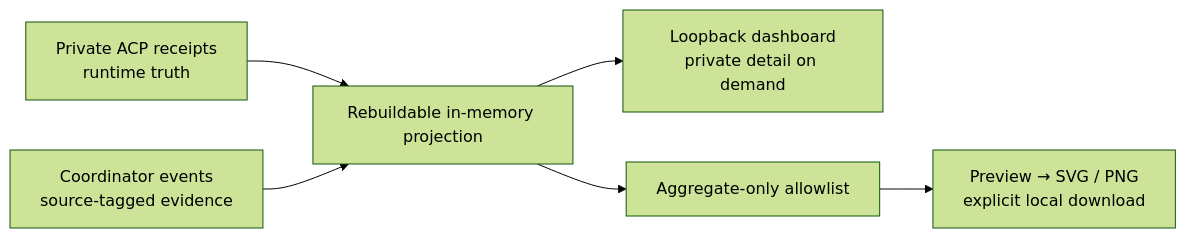
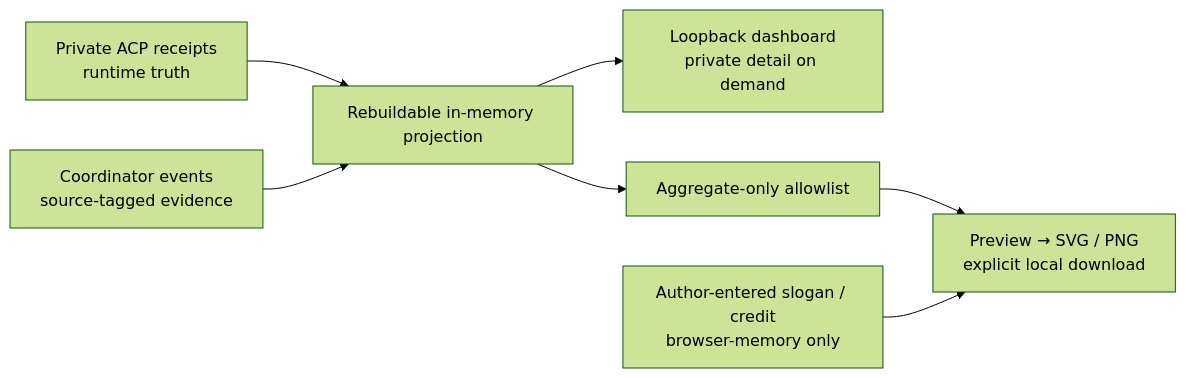
Before and after one commit to IndelibleVivi/codex-worker-routing: the diagram in docs/dispatch.md, drawn with Mermaid (forest theme). The commit also changed other lines of this file and 15 other files, not shown here.

````diff
--- a/docs/dispatch.md
+++ b/docs/dispatch.md
@@ -163,8 +172,9 @@
 ```mermaid
 flowchart LR
   R["Private ACP receipts<br/>runtime truth"] --> P["Rebuildable in-memory projection"]
   E["Coordinator events<br/>source-tagged evidence"] --> P
   P --> L["Loopback dashboard<br/>private detail on demand"]
   P --> A["Aggregate-only allowlist"]
   A --> X["Preview → SVG / PNG<br/>explicit local download"]
+  U["Author-entered slogan / credit<br/>browser-memory only"] --> X
 ```
````
